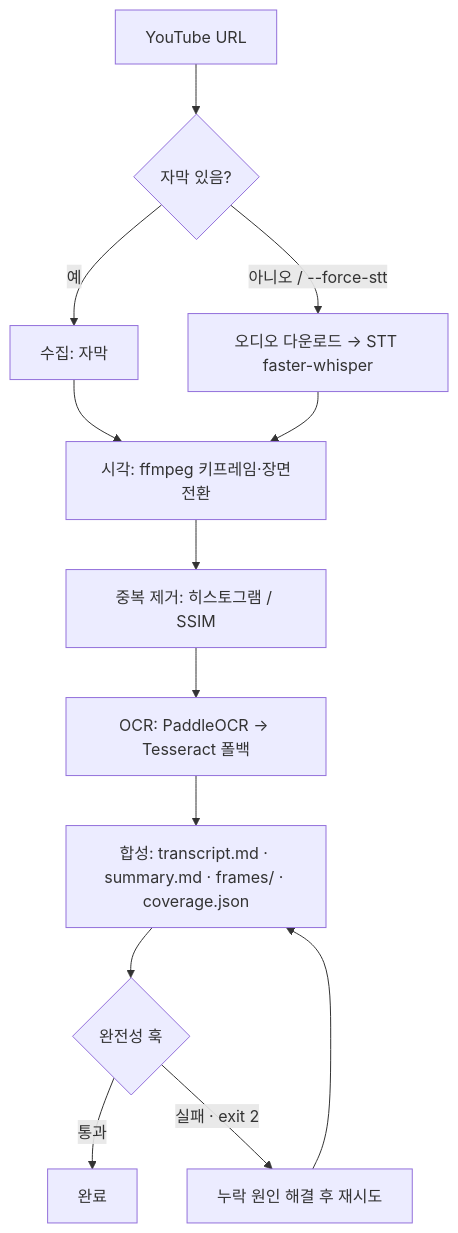
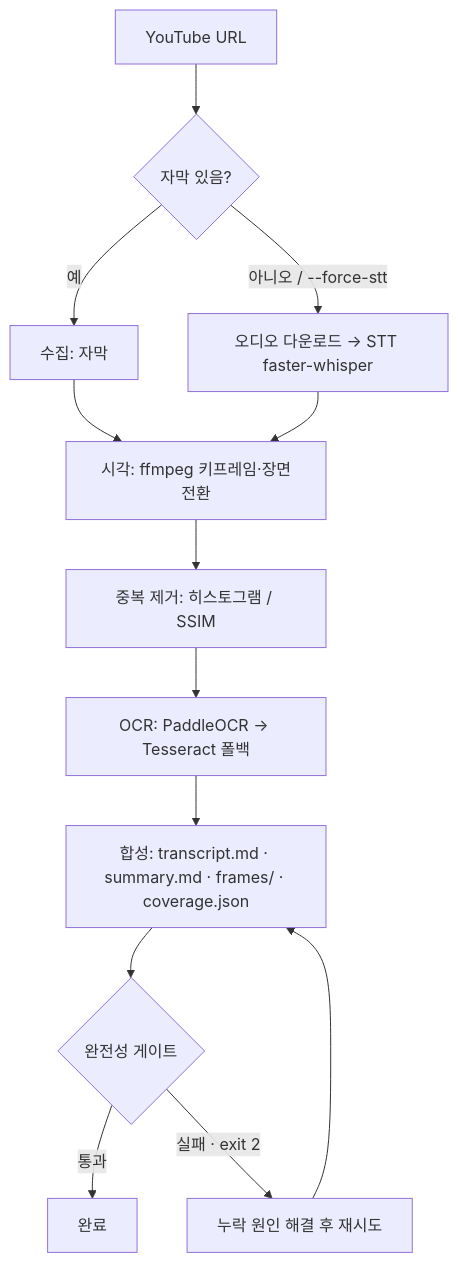
Before and after one commit to haesol-shin/lectural: the diagram in README.md, drawn with Mermaid. The commit also changed other lines of this file, not shown here.

````diff
--- a/README.md
+++ b/README.md
@@ -21,15 +21,15 @@
 ```mermaid
 flowchart TD
     A[YouTube URL] --> B{자막 있음?}
     B -->|예| C[수집: 자막]
     B -->|아니오 / --force-stt| D[오디오 다운로드 → STT faster-whisper]
     C --> E[시각: ffmpeg 키프레임·장면전환]
     D --> E
     E --> F[중복 제거: 히스토그램 / SSIM]
     F --> G[OCR: PaddleOCR → Tesseract 폴백]
     G --> H[합성: transcript.md · summary.md · frames/ · coverage.json]
-    H --> I{완전성 훅}
+    H --> I{완전성 게이트}
     I -->|통과| J[완료]
     I -->|실패 · exit 2| K[누락 원인 해결 후 재시도]
     K --> H
 ```
````
